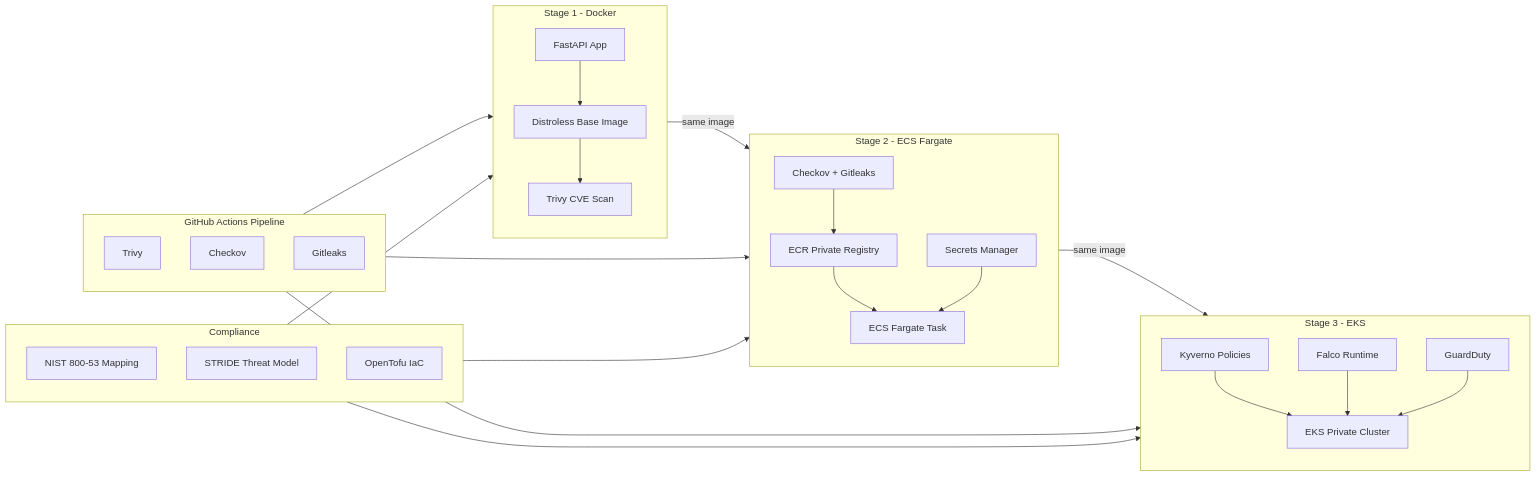
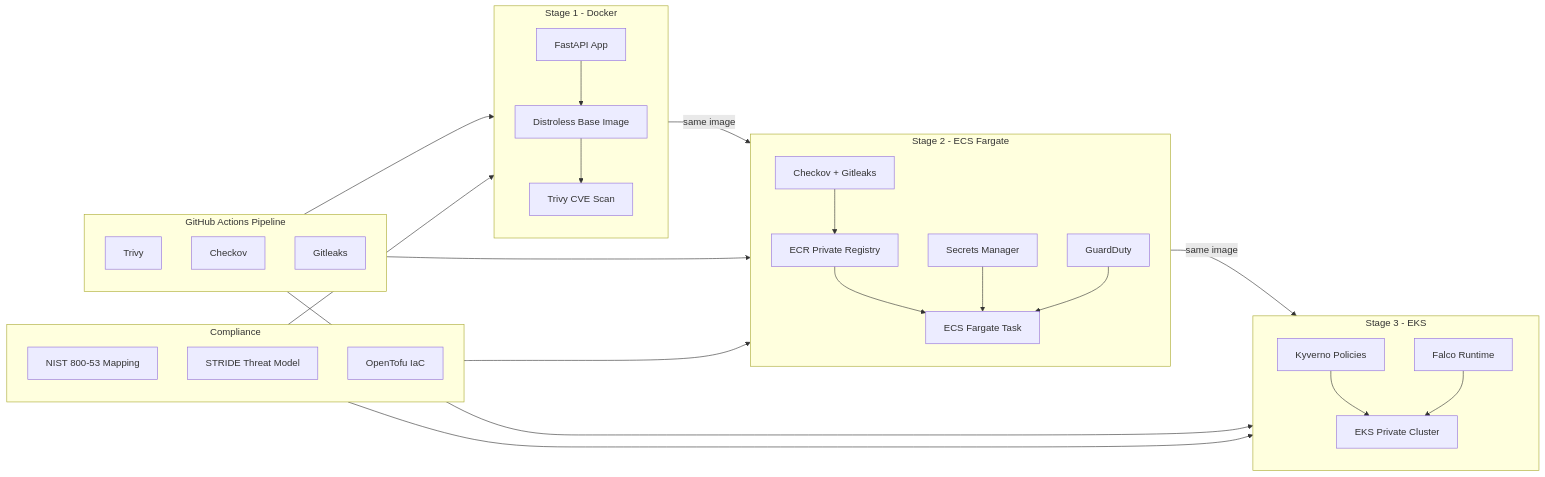
Before and after one commit to Nisha318/container-security-progression: the diagram in README.md, drawn with Mermaid. The commit also changed other lines of this file and 21 other files, not shown here.

````diff
--- a/README.md
+++ b/README.md
@@ -29,54 +30,54 @@
 ```mermaid
 flowchart LR
     subgraph Stage1["Stage 1 - Docker"]
         direction TB
         A1["FastAPI App"]
         A2["Distroless Base Image"]
         A3["Trivy CVE Scan"]
         A1 --> A2 --> A3
     end
 
     subgraph Stage2["Stage 2 - ECS Fargate"]
         direction TB
         B1["ECR Private Registry"]
         B2["ECS Fargate Task"]
         B3["Secrets Manager"]
         B4["Checkov + Gitleaks"]
+        B5["GuardDuty"]
         B4 --> B1 --> B2
         B3 --> B2
+        B5 --> B2
     end
 
     subgraph Stage3["Stage 3 - EKS"]
         direction TB
         C1["EKS Private Cluster"]
         C2["Kyverno Policies"]
         C3["Falco Runtime"]
-        C4["GuardDuty"]
         C2 --> C1
         C3 --> C1
-        C4 --> C1
     end
 
     subgraph Pipeline["GitHub Actions Pipeline"]
         direction TB
         P1["Trivy"]
         P2["Checkov"]
         P3["Gitleaks"]
     end
 
     subgraph Compliance["Compliance"]
         direction TB
         N1["NIST 800-53 Mapping"]
         N2["STRIDE Threat Model"]
         N3["OpenTofu IaC"]
     end
 
     Stage1 -->|"same image"| Stage2
     Stage2 -->|"same image"| Stage3
     Pipeline --> Stage1
     Pipeline --> Stage2
     Pipeline --> Stage3
     Compliance --> Stage1
     Compliance --> Stage2
     Compliance --> Stage3
 ```
````
